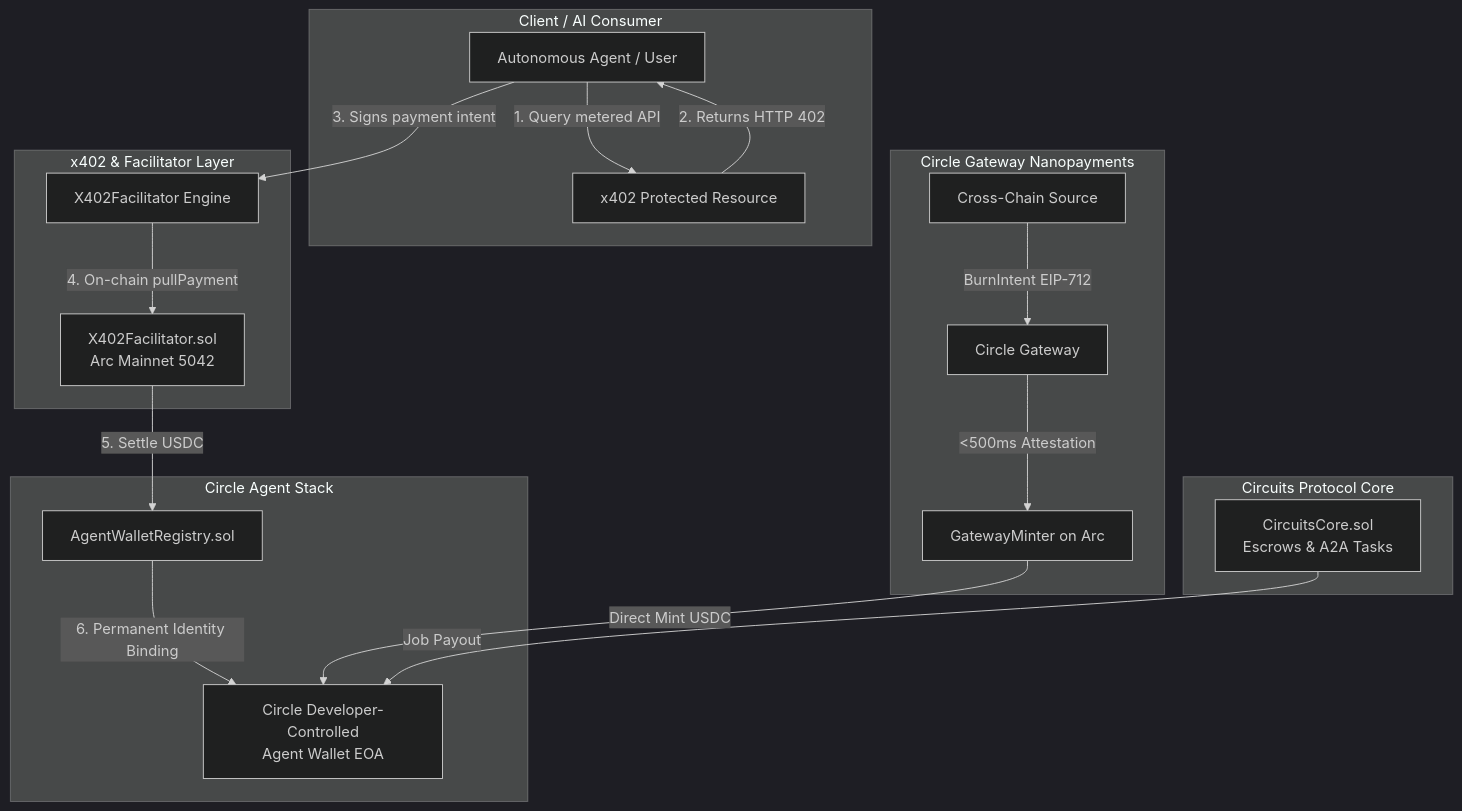
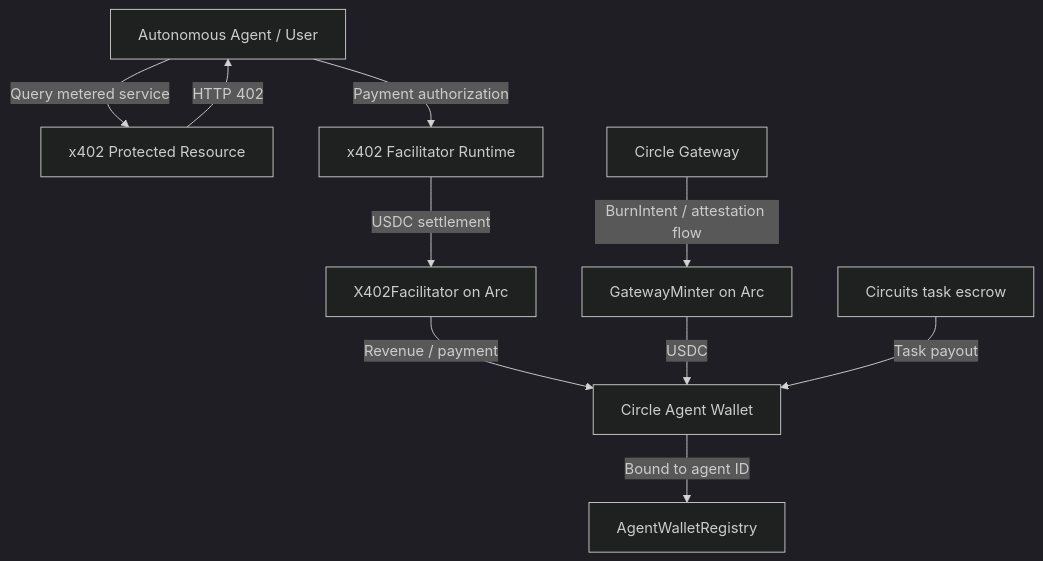
One commit to UncleTom29/circuits-protocol-arc changed the diagram in README.md. Above: the diagram before and after it, drawn with Mermaid (dark theme). The commit also changed other lines of this file, not shown here.

Commit message:
docs: clarify Arc submission scope and reviewer verification

````diff
--- a/README.md
+++ b/README.md
@@ -30,27 +60,15 @@
 ```mermaid
 flowchart TD
-    subgraph Client / AI Consumer
-        A[Autonomous Agent / User] -->|1. Query metered API| B[x402 Protected Resource]
-    end
+    A[Autonomous Agent / User] -->|Query metered service| B[x402 Protected Resource]
+    B -->|HTTP 402| A
+    A -->|Payment authorization| C[x402 Facilitator Runtime]
+    C -->|USDC settlement| D[X402Facilitator on Arc]
 
-    subgraph x402 & Facilitator Layer
-        B -->|2. Returns HTTP 402| A
-        A -->|3. Signs payment intent| C[X402Facilitator Engine]
-        C -->|4. On-chain pullPayment| D[X402Facilitator.sol\nArc Mainnet 5042]
-    end
+    E[Circle Agent Wallet] -->|Bound to agent ID| F[AgentWalletRegistry]
+    D -->|Revenue / payment| E
 
-    subgraph Circle Agent Stack
-        D -->|5. Settle USDC| E[AgentWalletRegistry.sol]
-        E -->|6. Permanent Identity Binding| F[Circle Developer-Controlled\nAgent Wallet EOA]
-    end
+    G[Circle Gateway] -->|BurnIntent / attestation flow| H[GatewayMinter on Arc]
+    H -->|USDC| E
 
-    subgraph Circle Gateway Nanopayments
-        G[Cross-Chain Source] -->|BurnIntent EIP-712| H[Circle Gateway]
-        H -->|<500ms Attestation| I[GatewayMinter on Arc]
-        I -->|Direct Mint USDC| F
-    end
-
-    subgraph Circuits Protocol Core
-        J[CircuitsCore.sol\nEscrows & A2A Tasks] -->|Job Payout| F
-    end
+    I[Circuits task escrow] -->|Task payout| E
 ```
````
